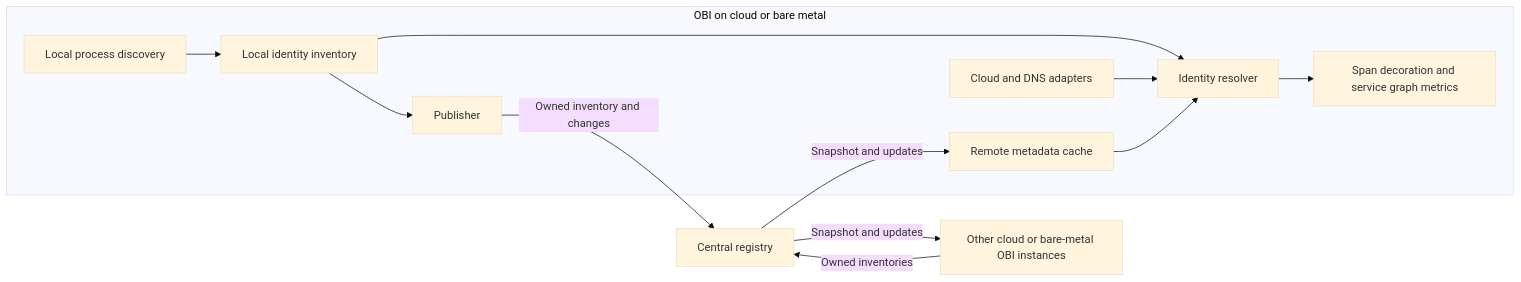
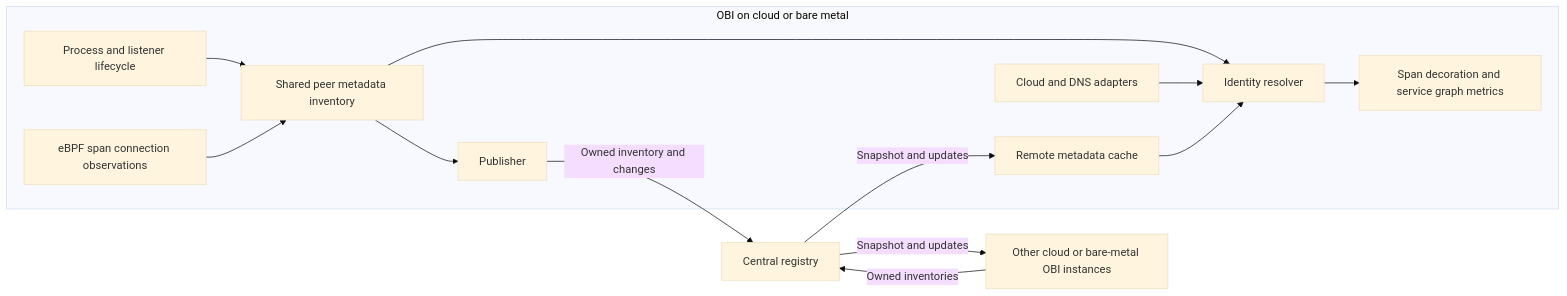
One commit to open-telemetry/opentelemetry-ebpf-instrumentation changed the diagram in devdocs/remote-entity-metadata.md. Above: the diagram before and after it, drawn with Mermaid (base theme). The commit also changed other lines of this file, not shown here.

Commit message:
Addressing @grcevski observations

````diff
--- a/devdocs/remote-entity-metadata.md
+++ b/devdocs/remote-entity-metadata.md
@@ -33,15 +45,16 @@
 ```mermaid
 flowchart LR
     subgraph OBI[OBI on cloud or bare metal]
-        L[Local process discovery] --> I[Local identity inventory]
+        L[Process and listener lifecycle] --> I[Shared peer metadata inventory]
+        E[eBPF span connection observations] --> I
         I --> P[Publisher]
         I --> R[Identity resolver]
         F[Cloud and DNS adapters] --> R
         C[Remote metadata cache] --> R
         R --> M[Span decoration and service graph metrics]
     end
     P -->|Owned inventory and changes| S[Central registry]
     S -->|Snapshot and updates| C
     X[Other cloud or bare-metal OBI instances] -->|Owned inventories| S
     S -->|Snapshot and updates| X
 ```
````
